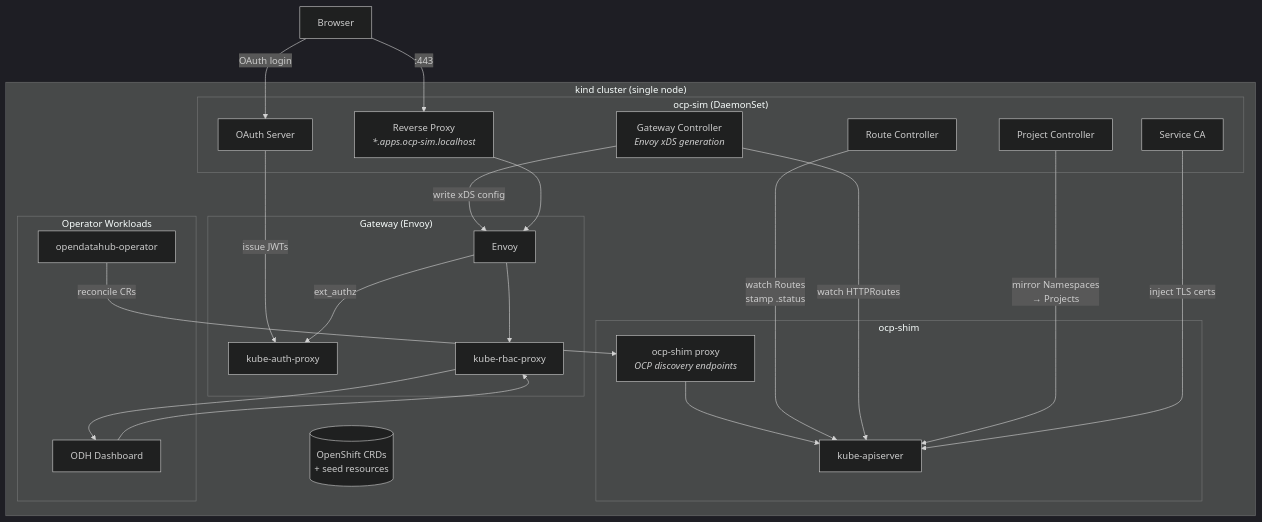
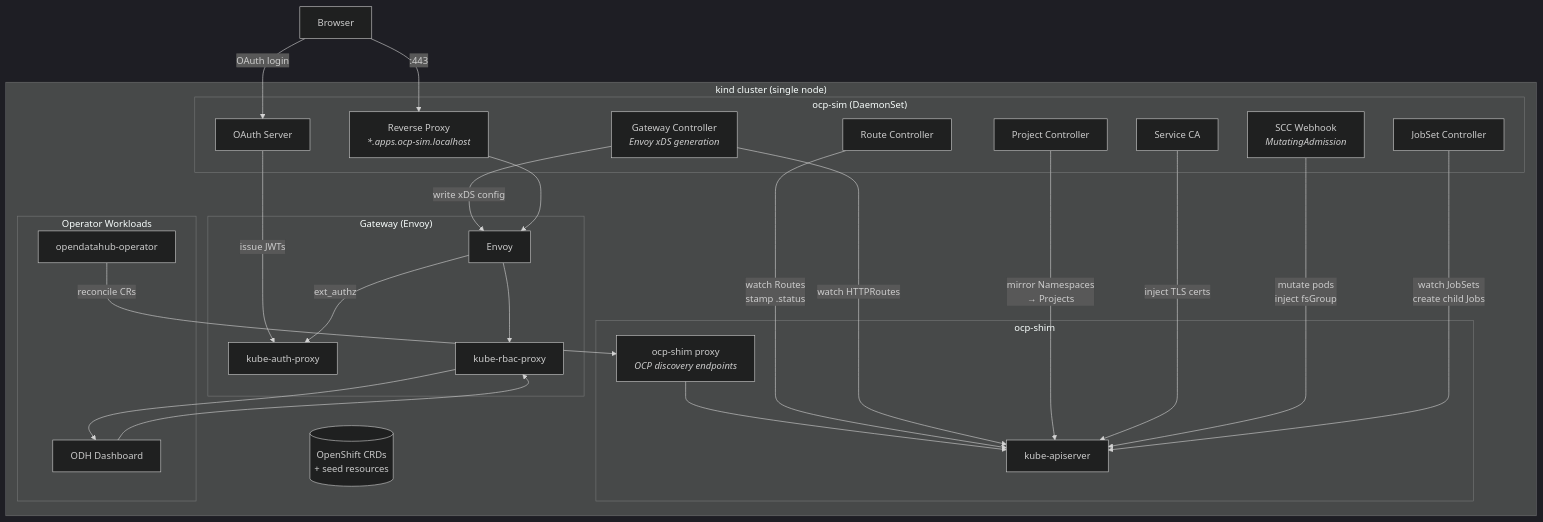
One commit to jctanner/picoshift changed the diagram in README.md. Above: the diagram before and after it, drawn with Mermaid (dark theme). The commit also changed other lines of this file and 8 other files, not shown here.

First line of the commit message:
Add partial JobSet mock controller and seed resources

````diff
--- a/README.md
+++ b/README.md
@@ -9,52 +9,56 @@
 ```mermaid
 graph TB
     browser["Browser"]
 
     subgraph kind ["kind cluster (single node)"]
         subgraph shim ["ocp-shim"]
             apiserver["kube-apiserver"]
             ocpshim["ocp-shim proxy<br/><i>OCP discovery endpoints</i>"]
             ocpshim --> apiserver
         end
 
         subgraph sim ["ocp-sim (DaemonSet)"]
             proxy["Reverse Proxy<br/><i>*.apps.ocp-sim.localhost</i>"]
             routectrl["Route Controller"]
             gwctrl["Gateway Controller<br/><i>Envoy xDS generation</i>"]
             oauthctrl["OAuth Server"]
             projectctrl["Project Controller"]
             serviceca["Service CA"]
+            sccwebhook["SCC Webhook<br/><i>MutatingAdmission</i>"]
+            jobsetctrl["JobSet Controller"]
         end
 
         subgraph gw ["Gateway (Envoy)"]
             envoy["Envoy"]
             kubeauth["kube-auth-proxy"]
             kuberbac["kube-rbac-proxy"]
         end
 
         subgraph workloads ["Operator Workloads"]
             odhop["opendatahub-operator"]
             dashboard["ODH Dashboard"]
         end
 
         crds[("OpenShift CRDs<br/>+ seed resources")]
 
         routectrl -->|"watch Routes<br/>stamp .status"| apiserver
         gwctrl -->|"write xDS config"| envoy
         gwctrl -->|"watch HTTPRoutes"| apiserver
         projectctrl -->|"mirror Namespaces<br/>→ Projects"| apiserver
         serviceca -->|"inject TLS certs"| apiserver
+        sccwebhook -->|"mutate pods<br/>inject fsGroup"| apiserver
+        jobsetctrl -->|"watch JobSets<br/>create child Jobs"| apiserver
         oauthctrl -->|"issue JWTs"| kubeauth
 
         odhop -->|"reconcile CRs"| ocpshim
         dashboard --> kuberbac
         kuberbac --> dashboard
 
         envoy -->|"ext_authz"| kubeauth
         envoy --> kuberbac
     end
 
     browser -->|":443"| proxy
     proxy --> envoy
     browser -->|"OAuth login"| oauthctrl
 ```
````
